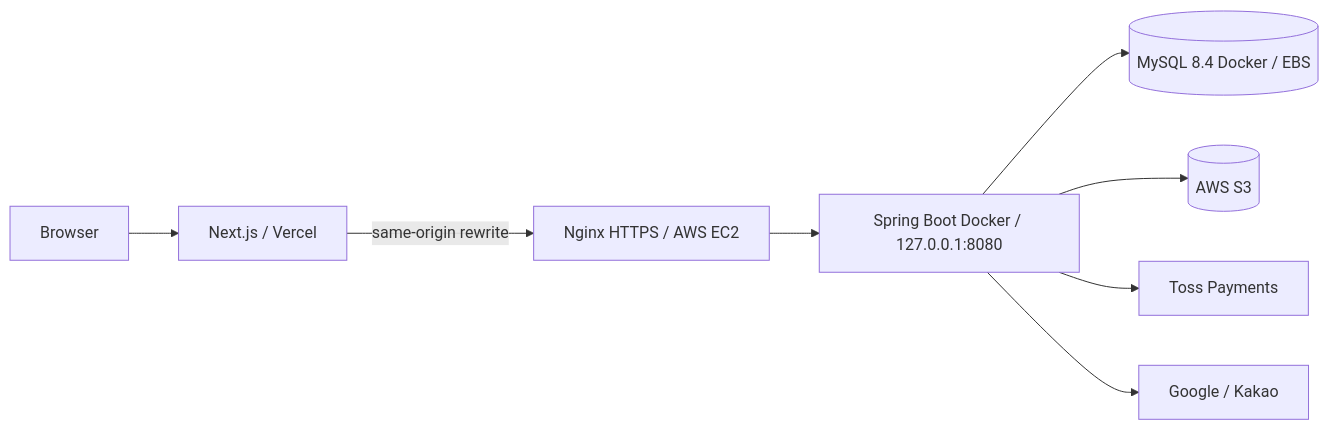
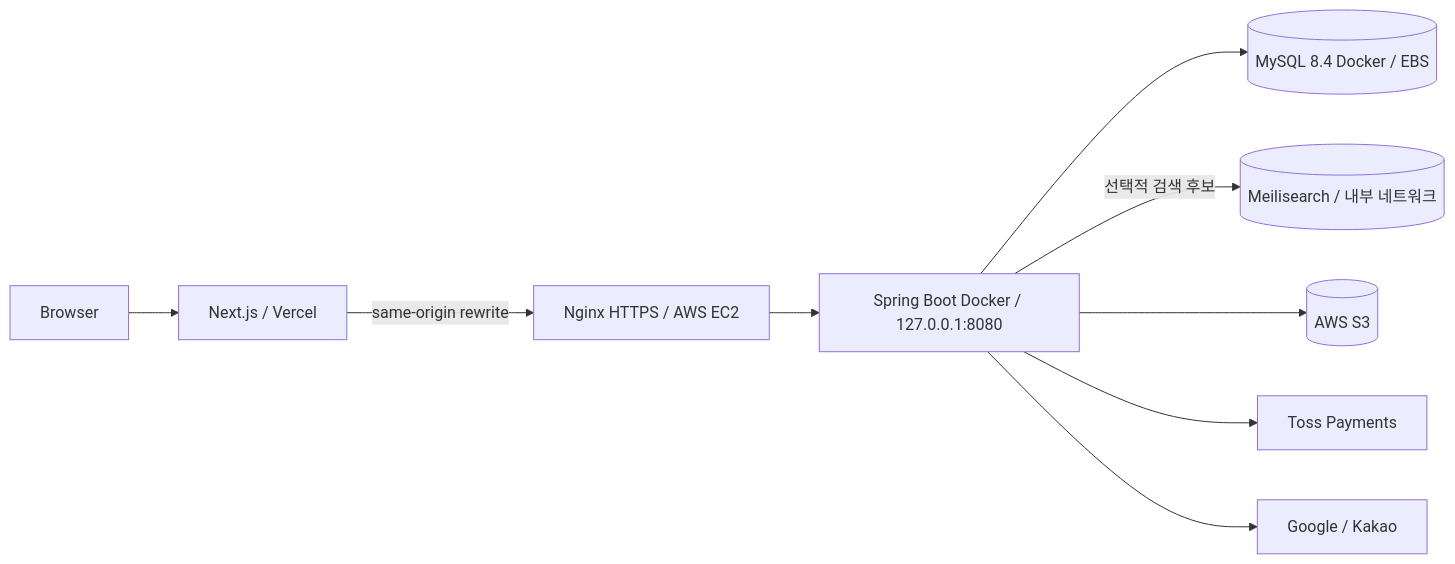
The diagram in README.md (bys96/gift-market), drawn with Mermaid before and after one commit. The commit also changed other lines of this file and 13 other files, not shown here.

````diff
--- a/README.md
+++ b/README.md
@@ -99,19 +106,21 @@
 ```mermaid
 flowchart LR
     USER[Browser]
     FE[Next.js / Vercel]
     BE[Nginx HTTPS / AWS EC2]
     APP[Spring Boot Docker / 127.0.0.1:8080]
     DB[(MySQL 8.4 Docker / EBS)]
+    SEARCH[(Meilisearch / 내부 네트워크)]
     STORAGE[(AWS S3)]
     TOSS[Toss Payments]
     OAUTH[Google / Kakao]
 
     USER --> FE
     FE -->|same-origin rewrite| BE
     BE --> APP
     APP --> DB
+    APP -->|선택적 검색 후보| SEARCH
     APP --> STORAGE
     APP --> TOSS
     APP --> OAUTH
 ```
````
